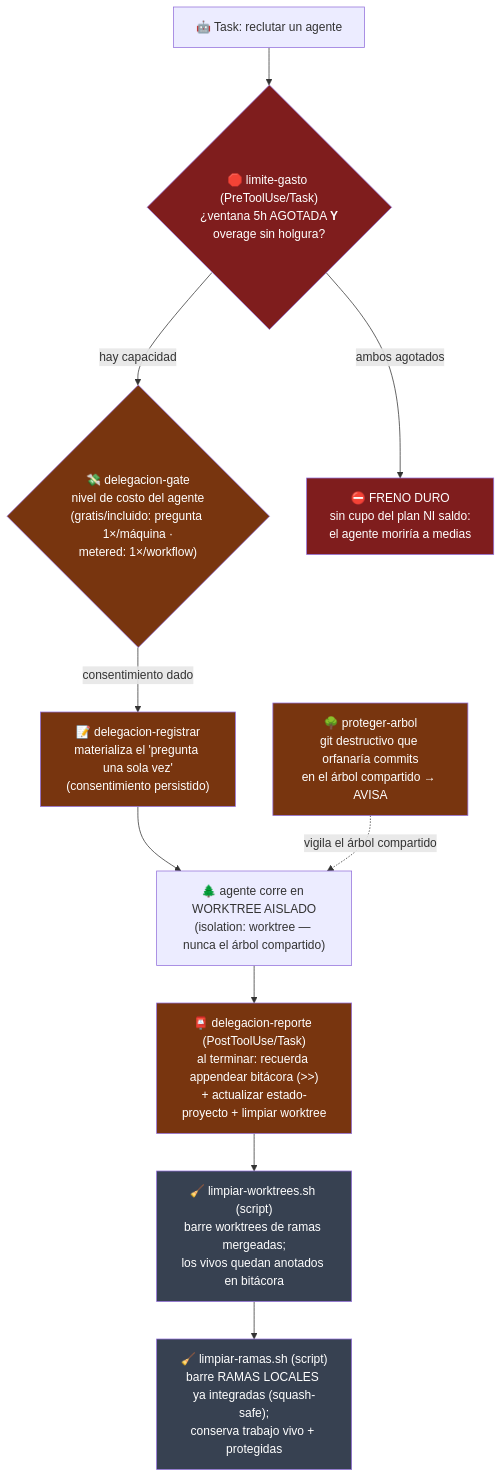
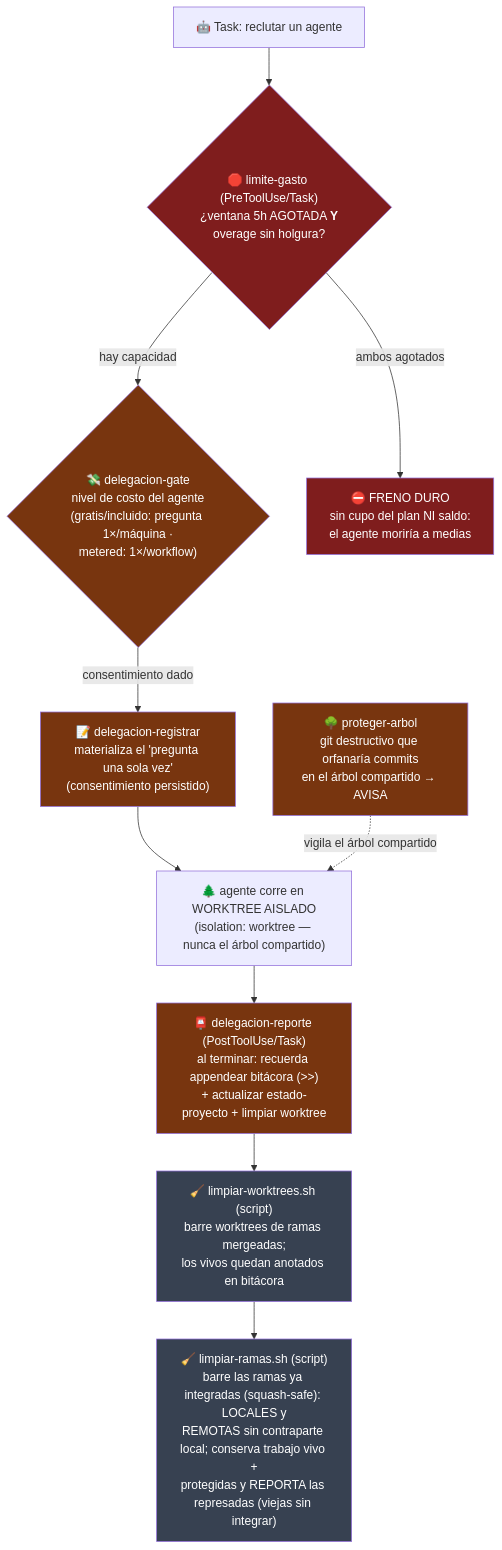
One commit to unjordi/cortex changed the third of 4 diagrams in docs/mapa-cerebro.md. Above: the diagram before and after it, drawn with Mermaid. The commit also changed 7 other files, not shown here.

````diff
--- a/docs/mapa-cerebro.md
+++ b/docs/mapa-cerebro.md
@@ -137,32 +137,32 @@
 ```mermaid
 flowchart TB
     TASK["🤖 Task: reclutar un agente"]
     LG{"🛑 limite-gasto (PreToolUse/Task)<br/>¿ventana 5h AGOTADA <b>Y</b><br/>overage sin holgura?"}
     DG{"💸 delegacion-gate<br/>nivel de costo del agente<br/>(gratis/incluido: pregunta 1×/máquina ·<br/>metered: 1×/workflow)"}
     REG["📝 delegacion-registrar<br/>materializa el 'pregunta una sola vez'<br/>(consentimiento persistido)"]
     WT["🌲 agente corre en WORKTREE AISLADO<br/>(isolation: worktree — nunca el árbol compartido)"]
     PA["🌳 proteger-arbol<br/>git destructivo que orfanaría commits<br/>en el árbol compartido → AVISA"]
     REP["📮 delegacion-reporte (PostToolUse/Task)<br/>al terminar: recuerda appendear bitácora (>>)<br/>+ actualizar estado-proyecto + limpiar worktree"]
     LW["🧹 limpiar-worktrees.sh (script)<br/>barre worktrees de ramas mergeadas;<br/>los vivos quedan anotados en bitácora"]
-    LR["🧹 limpiar-ramas.sh (script)<br/>barre RAMAS LOCALES ya integradas (squash-safe);<br/>conserva trabajo vivo + protegidas"]
+    LR["🧹 limpiar-ramas.sh (script)<br/>barre las ramas ya integradas (squash-safe): LOCALES y<br/>REMOTAS sin contraparte local; conserva trabajo vivo +<br/>protegidas y REPORTA las represadas (viejas sin integrar)"]
     FRENO["⛔ FRENO DURO<br/>sin cupo del plan NI saldo:<br/>el agente moriría a medias"]
 
     TASK --> LG
     LG -->|"ambos agotados"| FRENO
     LG -->|"hay capacidad"| DG
     DG -->|"consentimiento dado"| REG
     REG --> WT
     PA -.->|"vigila el árbol compartido"| WT
     WT --> REP
     REP --> LW
     LW --> LR
 
     style LG fill:#7f1d1d,color:#fff
     style FRENO fill:#7f1d1d,color:#fff
     style DG fill:#78350f,color:#fff
     style REG fill:#78350f,color:#fff
     style REP fill:#78350f,color:#fff
     style PA fill:#78350f,color:#fff
     style LW fill:#374151,color:#fff
     style LR fill:#374151,color:#fff
 ```
````
